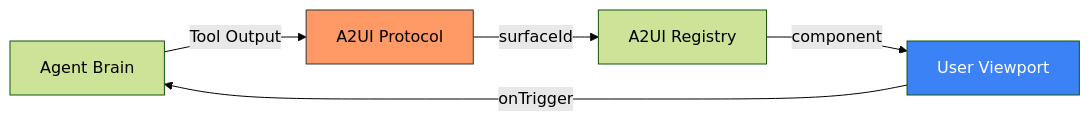
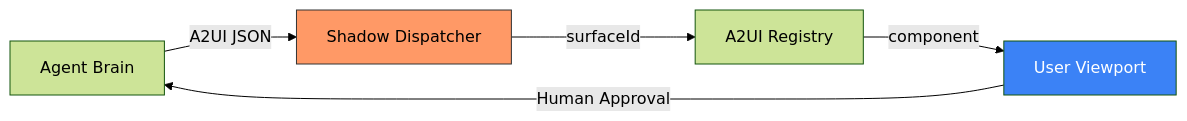
Before and after one commit to enriquekalven/agent-cockpit: the diagram in docs/TECHNICAL_UX_GUIDE.md, drawn with Mermaid (forest theme). The commit also changed other lines of this file and 18 other files, not shown here.

````diff
--- a/docs/TECHNICAL_UX_GUIDE.md
+++ b/docs/TECHNICAL_UX_GUIDE.md
@@ -54,9 +45,9 @@
 ```mermaid
 graph LR
-    Brain[Agent Brain] -->|Tool Output| Protocol[A2UI Protocol]
+    Brain[Agent Brain] -->|A2UI JSON| Protocol[Shadow Dispatcher]
     Protocol -->|surfaceId| Hub[A2UI Registry]
     Hub -->|component| Screen[User Viewport]
-    Screen -->|onTrigger| Brain
+    Screen -->|Human Approval| Brain
     style Protocol fill:#f96,stroke:#333
     style Screen border:double,fill:#3b82f6,color:#fff
 ```
````
